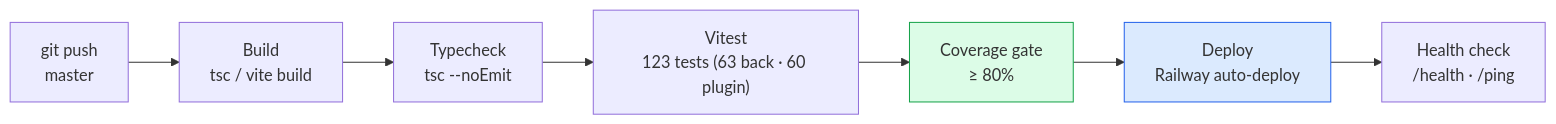
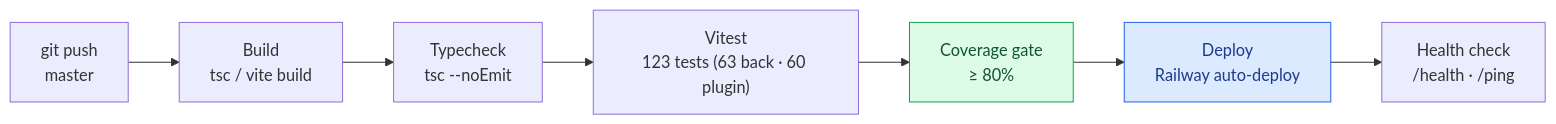
The sixth of 6 diagrams in docs/BC01/01-architecture.md (Hardi99/design-guardian), drawn with Mermaid before and after one commit. The commit also changed other lines of this file and 3 other files, not shown here.

First line of the commit message:
fix: plugin typecheck + architecture diagrams (emojis, contraste, webapp) (#19)

````diff
--- a/docs/BC01/01-architecture.md
+++ b/docs/BC01/01-architecture.md
@@ -230,12 +233,12 @@
 ```mermaid
 graph LR
     Commit["git push<br/>master"] --> Build["Build<br/>tsc / vite build"]
     Build --> Types["Typecheck<br/>tsc --noEmit"]
     Types --> Tests["Vitest<br/>123 tests (63 back · 60 plugin)"]
     Tests --> Coverage["Coverage gate<br/>≥ 80%"]
     Coverage --> Deploy["Deploy<br/>Railway auto-deploy"]
     Deploy --> Health["Health check<br/>/health · /ping"]
 
-    style Coverage fill:#dcfce7,stroke:#16a34a
-    style Deploy fill:#dbeafe,stroke:#2563eb
+    style Coverage fill:#dcfce7,stroke:#16a34a,color:#14532d
+    style Deploy fill:#dbeafe,stroke:#2563eb,color:#1e3a8a
 ```
````
